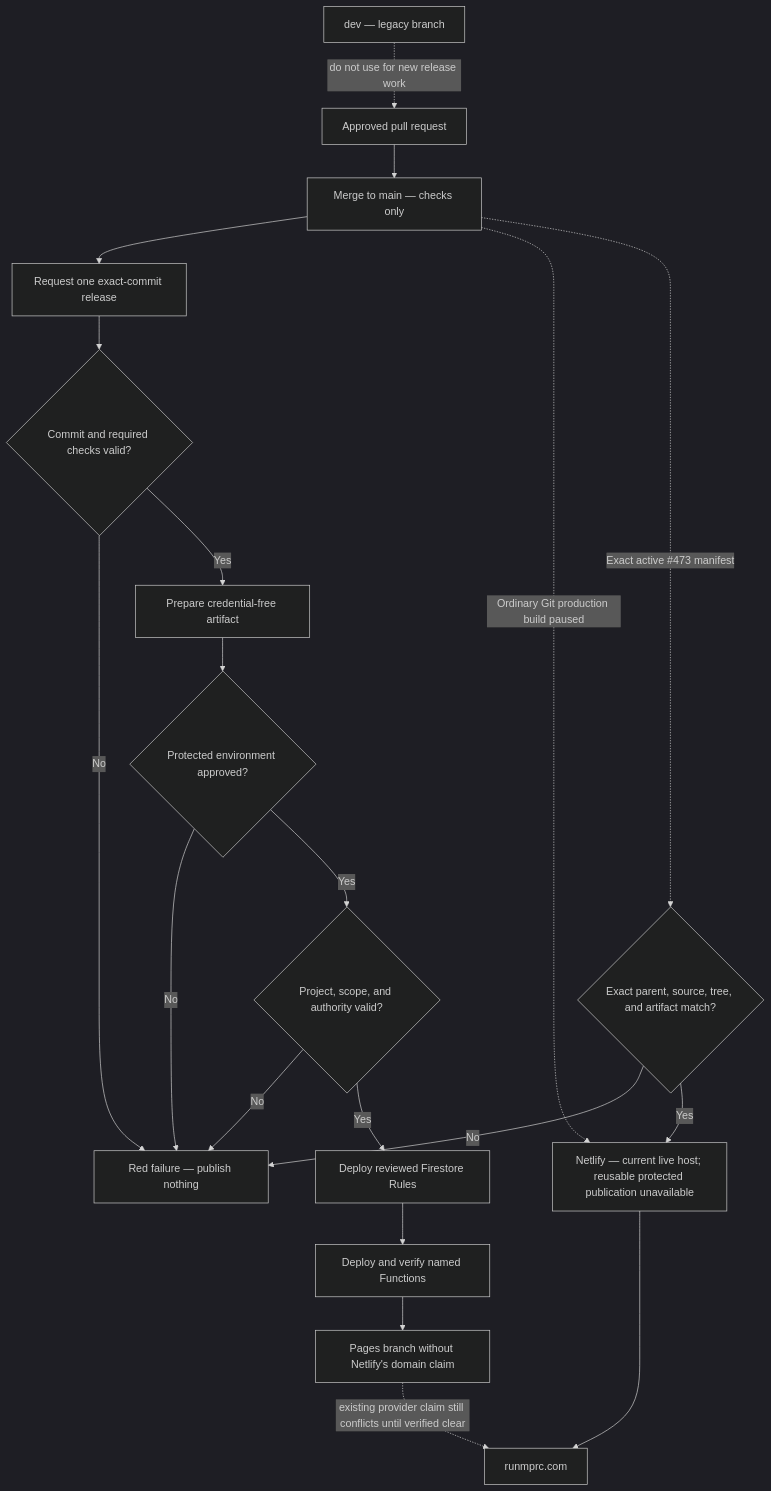
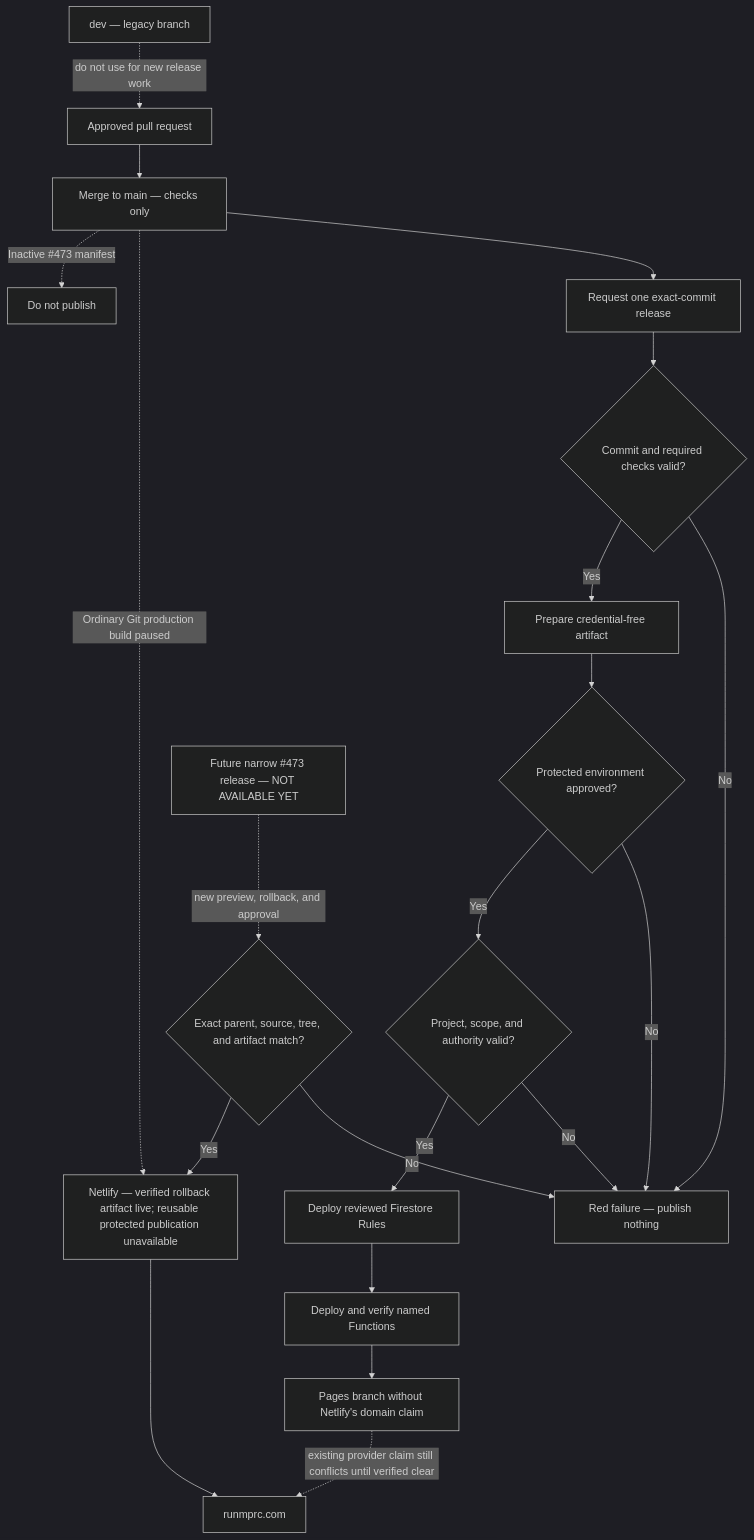
One commit to Run-MPRC/Run-MPRC.github.io changed the fourth of 9 diagrams in docs/officers/SYSTEM_MAPS.md. Above: the diagram before and after it, drawn with Mermaid (dark theme). The commit also changed other lines of this file and 12 other files, not shown here.

Commit message:
docs: record Netlify rollback incident truth

````diff
--- a/docs/officers/SYSTEM_MAPS.md
+++ b/docs/officers/SYSTEM_MAPS.md
@@ -71,22 +71,23 @@
 ```mermaid
 flowchart TD
     PR["Approved pull request"] --> Main["Merge to main — checks only"]
     Main --> Request["Request one exact-commit release"]
     Request --> Preflight{"Commit and required checks valid?"}
     Preflight -- "No" --> Stop["Red failure — publish nothing"]
     Preflight -- "Yes" --> Prepare["Prepare credential-free artifact"]
     Prepare --> Approval{"Protected environment approved?"}
     Approval -- "No" --> Stop
     Approval -- "Yes" --> Gate{"Project, scope, and authority valid?"}
     Gate -- "No" --> Stop
     Gate -- "Yes" --> Rules["Deploy reviewed Firestore Rules"]
     Rules --> Functions["Deploy and verify named Functions"]
     Functions --> Pages["Pages branch without Netlify's domain claim"]
     Main -. "Ordinary Git production build paused" .-> Netlify
-    Main -. "Exact active #473 manifest" .-> WebGate{"Exact parent, source, tree, and artifact match?"}
+    Main -. "Inactive #473 manifest" .-> WebStop["Do not publish"]
+    Future["Future narrow #473 release — NOT AVAILABLE YET"] -. "new preview, rollback, and approval" .-> WebGate{"Exact parent, source, tree, and artifact match?"}
     WebGate -- "No" --> Stop
     WebGate -- "Yes" --> Netlify
-    Netlify["Netlify — current live host; reusable protected publication unavailable"] --> Live["runmprc.com"]
+    Netlify["Netlify — verified rollback artifact live; reusable protected publication unavailable"] --> Live["runmprc.com"]
     Pages -. "existing provider claim still conflicts until verified clear" .-> Live
     Dev["dev — legacy branch"] -. "do not use for new release work" .-> PR
 ```
````
